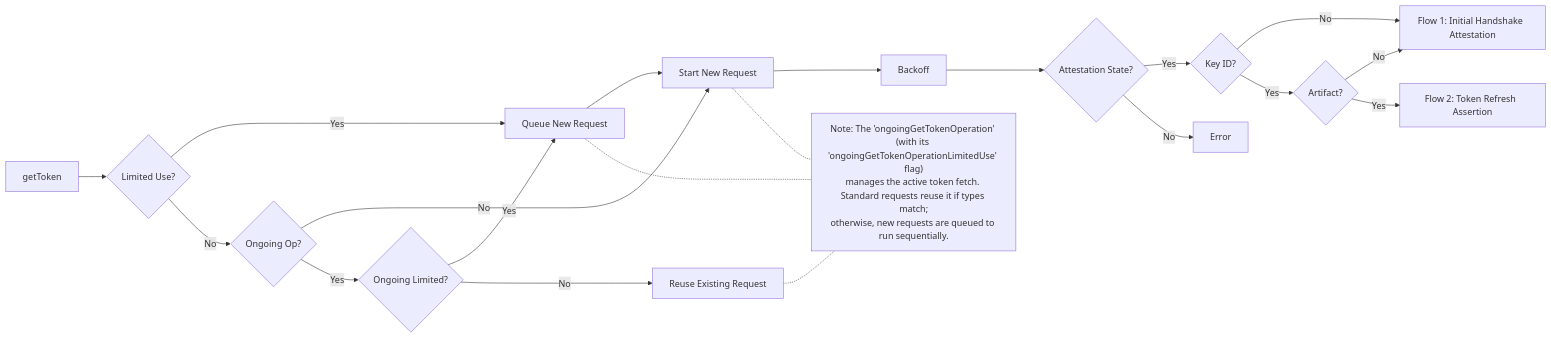
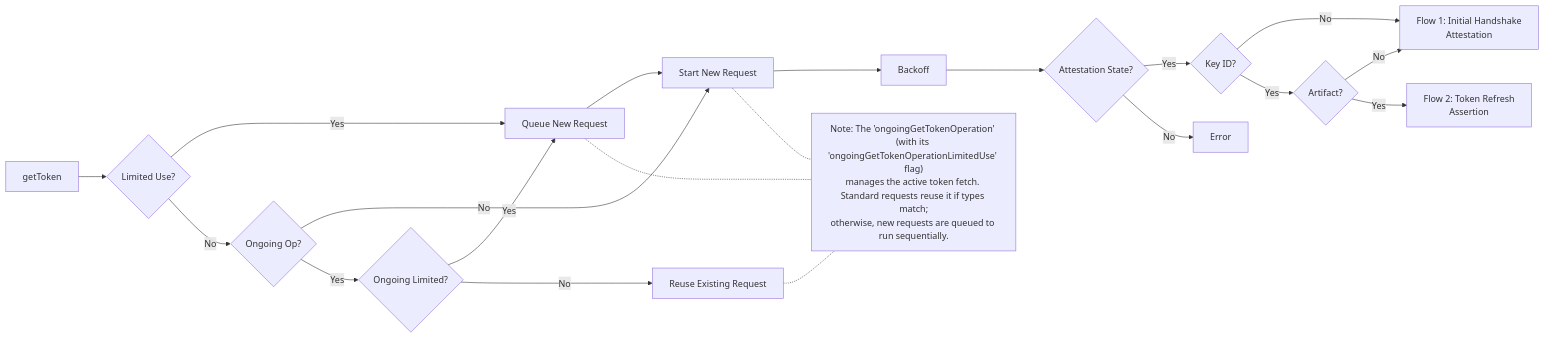
The first of 4 diagrams in docs/providers/app-attest.md (google/app-check), drawn with Mermaid before and after one commit.

````diff
--- a/docs/providers/app-attest.md
+++ b/docs/providers/app-attest.md
@@ -31,33 +31,33 @@
 ```mermaid
 %%{init: {"flowchart": {"diagramPadding": 130}}}%%
 flowchart LR
     Start[getToken] --> CheckUse{Limited Use?}
     
     CheckUse -- Yes --> Queue[Queue New Request]
     CheckUse -- No --> Coalesce{Ongoing Op?}
     
     Coalesce -- No --> StartNew[Start New Request]
     Coalesce -- Yes --> CheckOngoing{Ongoing Limited?}
     
     CheckOngoing -- Yes --> Queue
     CheckOngoing -- No --> Reuse[Reuse Existing Request]
     
     Queue --> StartNew
     StartNew --> Backoff[Backoff]
     
     Backoff --> StateCheck{Attestation State?}
     
     StateCheck -->|Yes| KeyCheck{Key ID?}
     
-    KeyCheck -- No --> Flow1[Flow 1: Initial Handshake <br\> Attestation]
+    KeyCheck -- No --> Flow1[Flow 1: Initial Handshake <br/> Attestation]
     KeyCheck -- Yes --> ArtifactCheck{Artifact?}
     
     ArtifactCheck -- No --> Flow1
-    ArtifactCheck -- Yes --> Flow2[Flow 2: Token Refresh <br\> Assertion]
+    ArtifactCheck -- Yes --> Flow2[Flow 2: Token Refresh <br/> Assertion]
 
     StateCheck -->|No| Error[Error]
 
     Reuse -.- Footnote["Note: The 'ongoingGetTokenOperation' (with its 'ongoingGetTokenOperationLimitedUse' flag)<br/>manages the active token fetch. Standard requests reuse it if types match;<br/>otherwise, new requests are queued to run sequentially."]
     Queue -.- Footnote
     StartNew -.- Footnote
 ```
````
